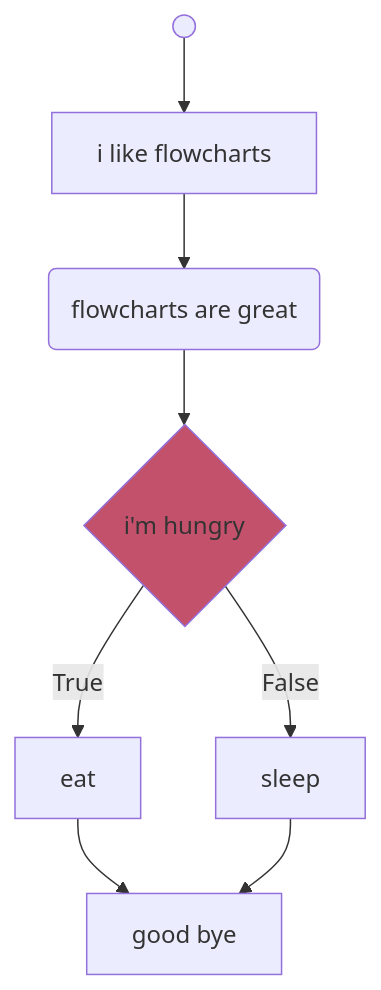
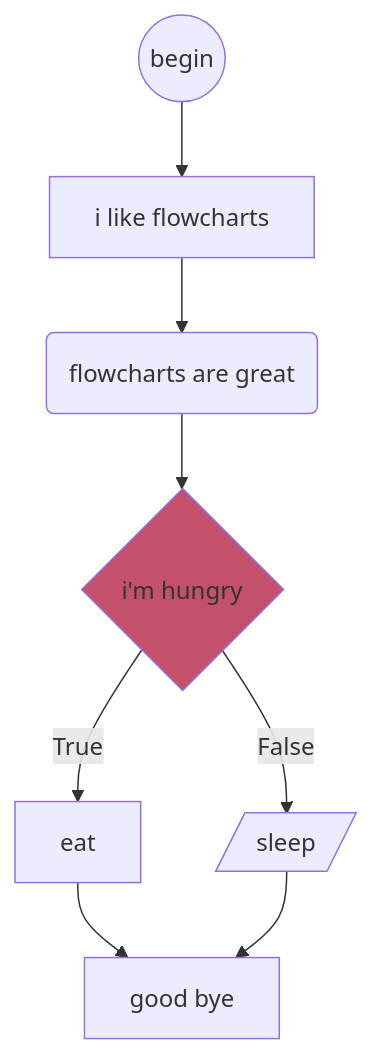
The diagram in README.md (JnnyRdng/code-chart), drawn with Mermaid before and after one commit. The commit also changed other lines of this file, not shown here.

````diff
--- a/README.md
+++ b/README.md
@@ -77,18 +78,18 @@
 ```mermaid
 flowchart TD;
-  1((" "))
+  1(("begin"))
   2["i like flowcharts"]
   3("flowcharts are great")
   4{"i'm hungry"}:::condition
   7["eat"]
-  8["sleep"]
+  8[/"sleep"/]
   9["good bye"]
   1-->2
   2-->3
   3-->4
   4-->|True|7
   4-->|False|8
   7 & 8-->9
 
 classDef condition fill:#c3516b
 ```
````
